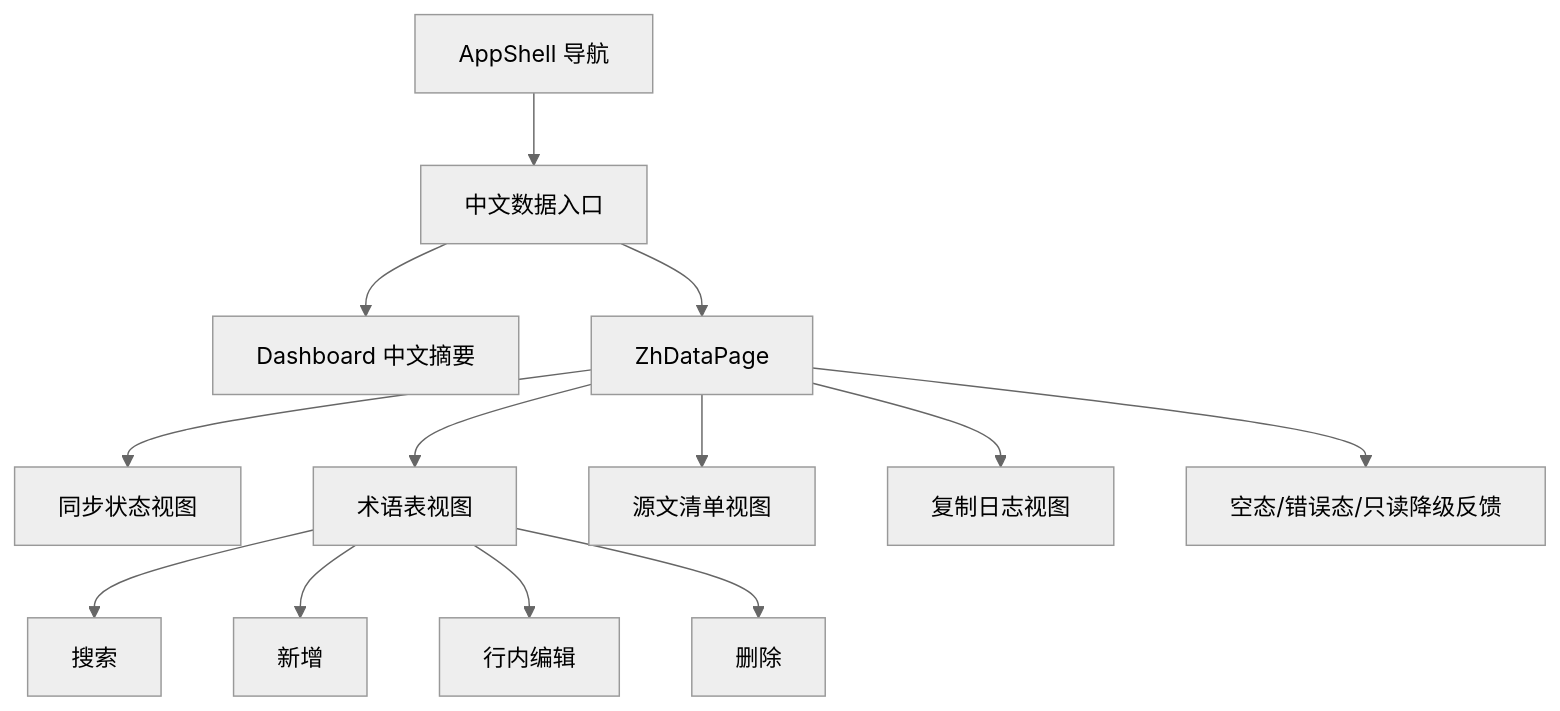
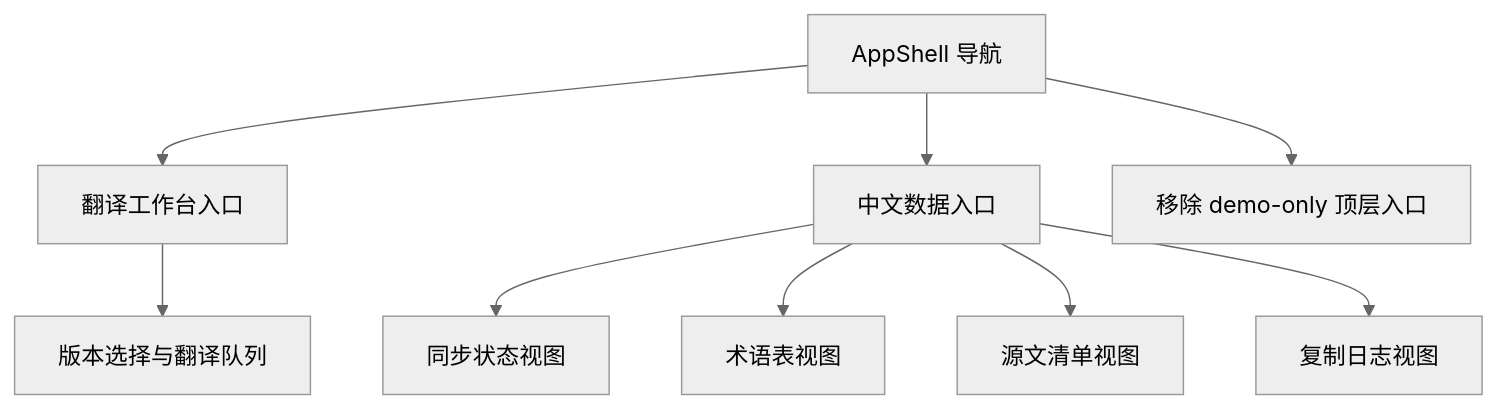
The diagram in openspec/specs/zh-data-console/spec.md (dapr-cn/docs), drawn with Mermaid (neutral theme) before and after one commit. The commit also changed other lines of this file and 7 other files, not shown here.

````diff
--- a/openspec/specs/zh-data-console/spec.md
+++ b/openspec/specs/zh-data-console/spec.md
@@ -9,15 +9,11 @@
 ```mermaid
 flowchart TD
-    A[AppShell 导航] --> B[中文数据入口]
-    B --> C[Dashboard 中文摘要]
-    B --> D[ZhDataPage]
-    D --> E[同步状态视图]
-    D --> F[术语表视图]
-    F --> F1[搜索]
-    F --> F2[新增]
-    F --> F3[行内编辑]
-    F --> F4[删除]
-    D --> G[源文清单视图]
-    D --> H[复制日志视图]
-    D --> I[空态/错误态/只读降级反馈]
+    A[AppShell 导航] --> B[翻译工作台入口]
+    A --> C[中文数据入口]
+    B --> D[版本选择与翻译队列]
+    C --> E[同步状态视图]
+    C --> F[术语表视图]
+    C --> G[源文清单视图]
+    C --> H[复制日志视图]
+    A --> I[移除 demo-only 顶层入口]
 ```
````
